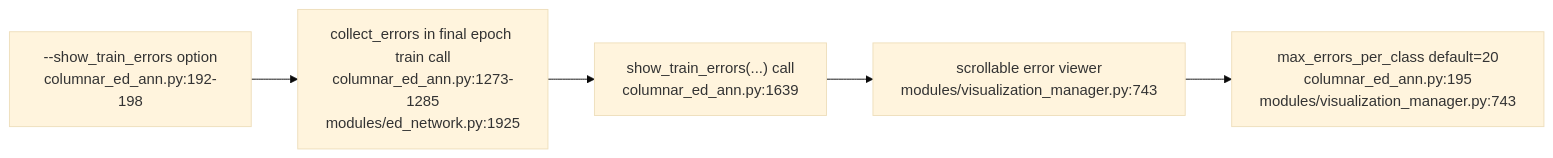
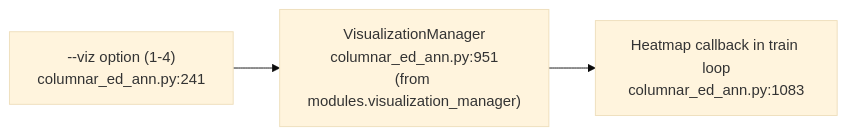
The sixth of 6 diagrams in docs/en/ed_learning_mechanism_anchors_en.md (yoiwa0714/columnar_ed_ann), drawn with Mermaid (base theme) before and after one commit. The commit also changed other lines of this file and 7 other files, not shown here.

````diff
--- a/docs/en/ed_learning_mechanism_anchors_en.md
+++ b/docs/en/ed_learning_mechanism_anchors_en.md
@@ -121,7 +102,5 @@
 ```mermaid
 flowchart LR
-    A["--show_train_errors option<br/>columnar_ed_ann.py:192-198"] --> B["collect_errors in final epoch train call<br/>columnar_ed_ann.py:1273-1285<br/>modules/ed_network.py:1925"]
-    B --> C["show_train_errors(...) call<br/>columnar_ed_ann.py:1639"]
-    C --> D["scrollable error viewer<br/>modules/visualization_manager.py:743"]
-    D --> E["max_errors_per_class default=20<br/>columnar_ed_ann.py:195<br/>modules/visualization_manager.py:743"]
+    A["--viz option (1-4)<br/>columnar_ed_ann.py:241"] --> B["VisualizationManager<br/>columnar_ed_ann.py:951<br/>(from modules.visualization_manager)"]
+    B --> C["Heatmap callback in train loop<br/>columnar_ed_ann.py:1083"]
 ```
````
